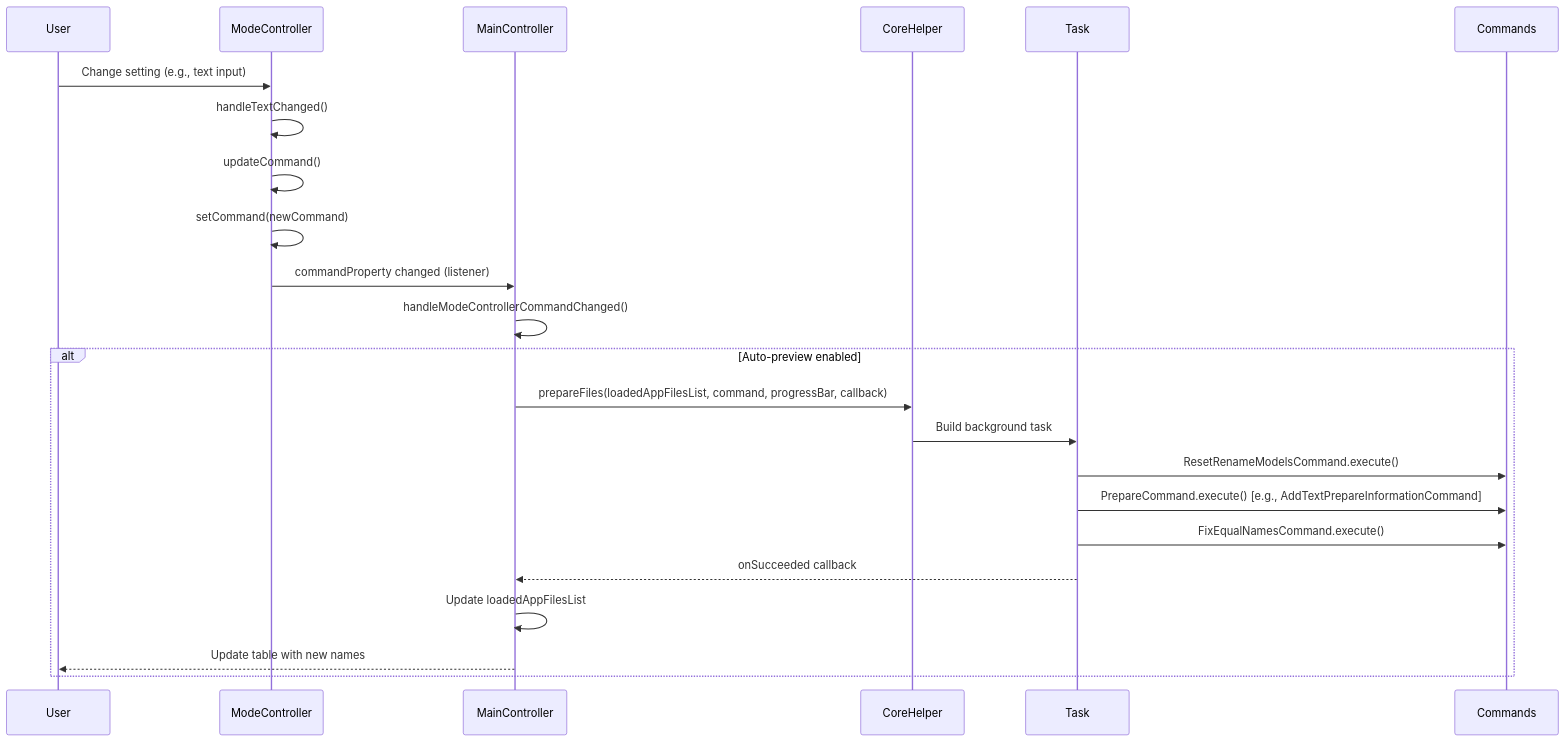
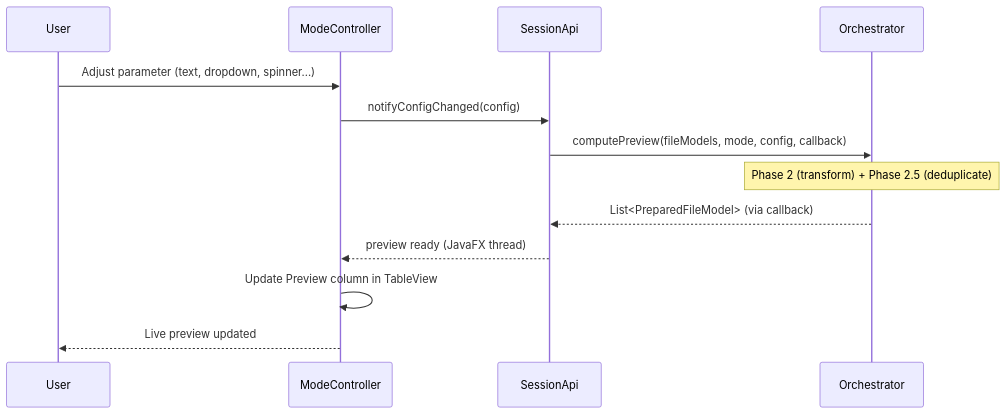
Before and after one commit to sanyokkua/renamer_app: the fourth of 8 diagrams in docs/developers/architecture/ARCHITECTURE.md, drawn with Mermaid. The commit also changed other lines of this file and 32 other files, not shown here.

````diff
--- a/docs/developers/architecture/ARCHITECTURE.md
+++ b/docs/developers/architecture/ARCHITECTURE.md
@@ -539,26 +235,15 @@
 ```mermaid
 sequenceDiagram
     participant User
     participant ModeController
-    participant MainController
-    participant CoreHelper
-    participant Task
-    participant Commands
-    User ->> ModeController: Change setting (e.g., text input)
-    ModeController ->> ModeController: handleTextChanged()
-    ModeController ->> ModeController: updateCommand()
-    ModeController ->> ModeController: setCommand(newCommand)
-    ModeController ->> MainController: commandProperty changed (listener)
-    MainController ->> MainController: handleModeControllerCommandChanged()
-
-    alt Auto-preview enabled
-        MainController ->> CoreHelper: prepareFiles(loadedAppFilesList, command, progressBar, callback)
-        CoreHelper ->> Task: Build background task
-        Task ->> Commands: ResetRenameModelsCommand.execute()
-        Task ->> Commands: PrepareCommand.execute() [e.g., AddTextPrepareInformationCommand]
-        Task ->> Commands: FixEqualNamesCommand.execute()
-        Task -->> MainController: onSucceeded callback
-        MainController ->> MainController: Update loadedAppFilesList
-        MainController -->> User: Update table with new names
-    end
+    participant SessionApi
+    participant Orchestrator
+    User ->> ModeController: Adjust parameter (text, dropdown, spinner...)
+    ModeController ->> SessionApi: notifyConfigChanged(config)
+    SessionApi ->> Orchestrator: computePreview(fileModels, mode, config, callback)
+    Note over Orchestrator: Phase 2 (transform) + Phase 2.5 (deduplicate)
+    Orchestrator -->> SessionApi: List<PreparedFileModel> (via callback)
+    SessionApi -->> ModeController: preview ready (JavaFX thread)
+    ModeController ->> ModeController: Update Preview column in TableView
+    ModeController -->> User: Live preview updated
 ```
````
